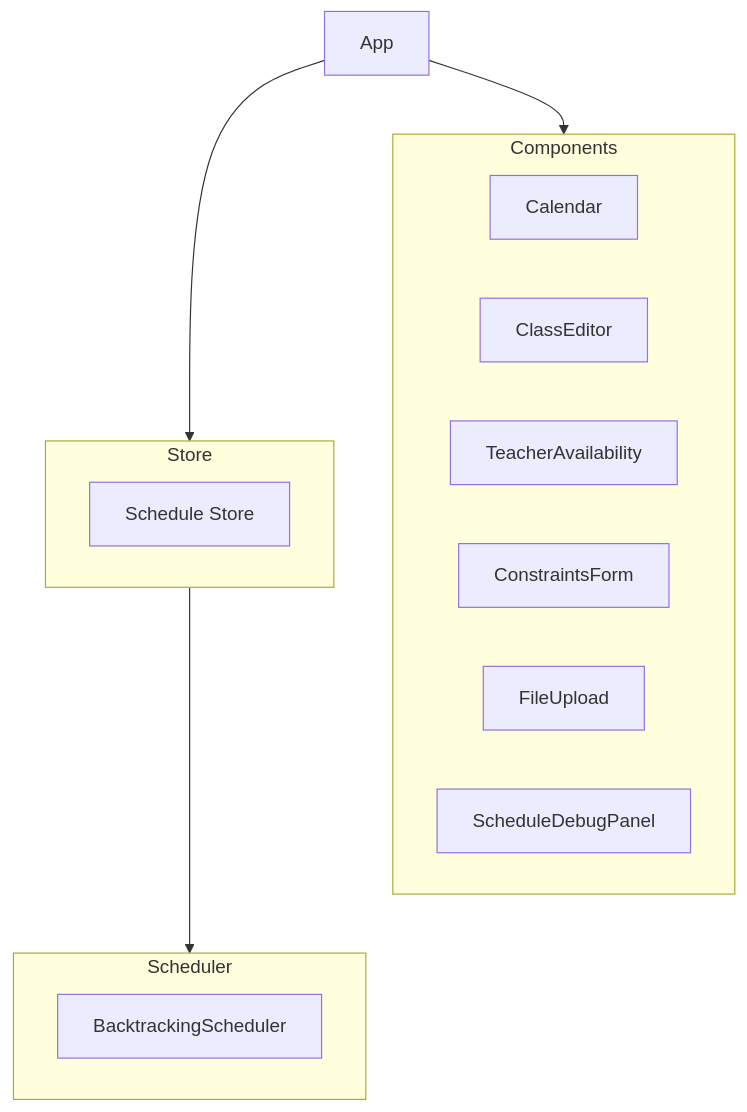
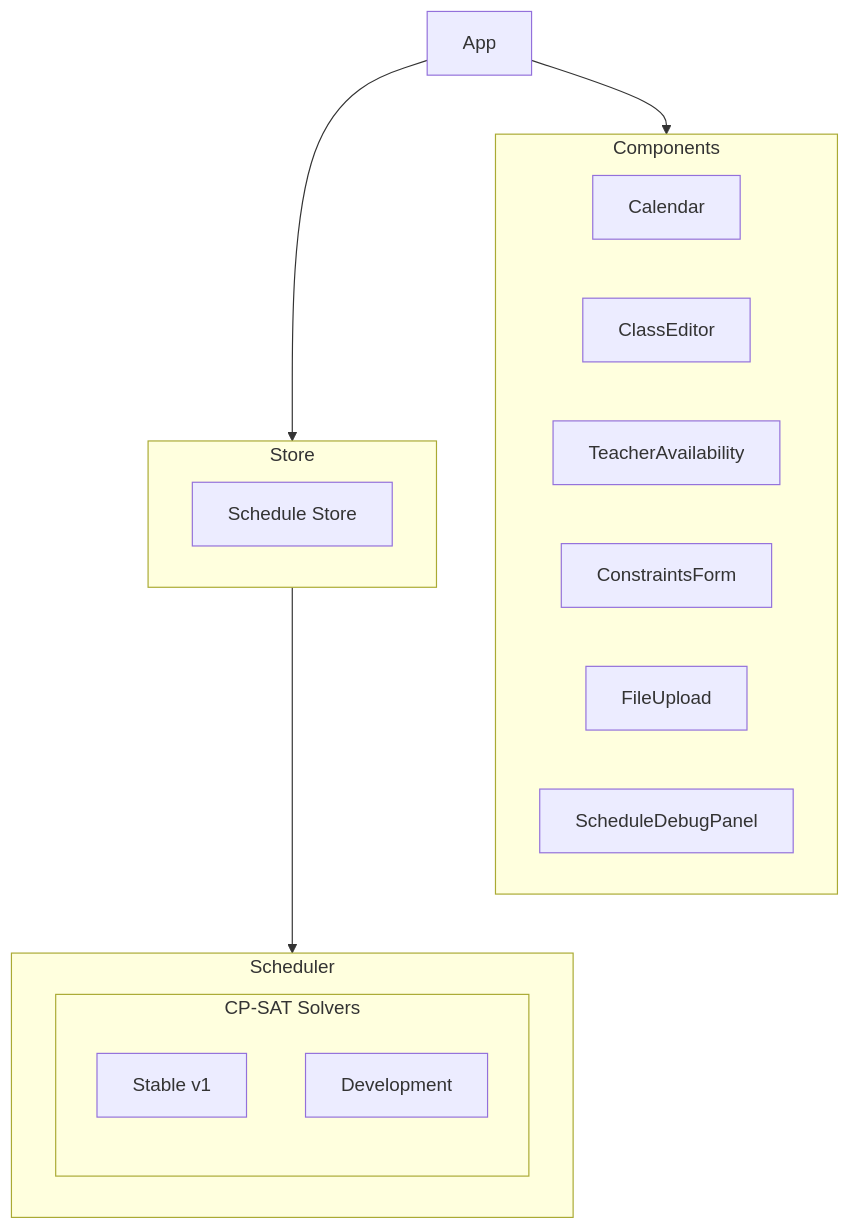
The diagram in memory-bank/systemPatterns.md (danfeder/bolt_v2), drawn with Mermaid before and after one commit. The commit also changed other lines of this file and 41 other files, not shown here.

````diff
--- a/memory-bank/systemPatterns.md
+++ b/memory-bank/systemPatterns.md
@@ -6,23 +6,26 @@
 ```mermaid
 flowchart TD
     App --> Components
     App --> Store
     Store --> Scheduler
     
     subgraph Components
         Calendar
         ClassEditor
         TeacherAvailability
         ConstraintsForm
         FileUpload
         ScheduleDebugPanel
     end
     
     subgraph Store
         scheduleStore[Schedule Store]
     end
     
     subgraph Scheduler
-        BacktrackingScheduler
+        subgraph "CP-SAT Solvers"
+            StableV1[Stable v1]
+            DevVersion[Development]
+        end
     end
 ```
````
